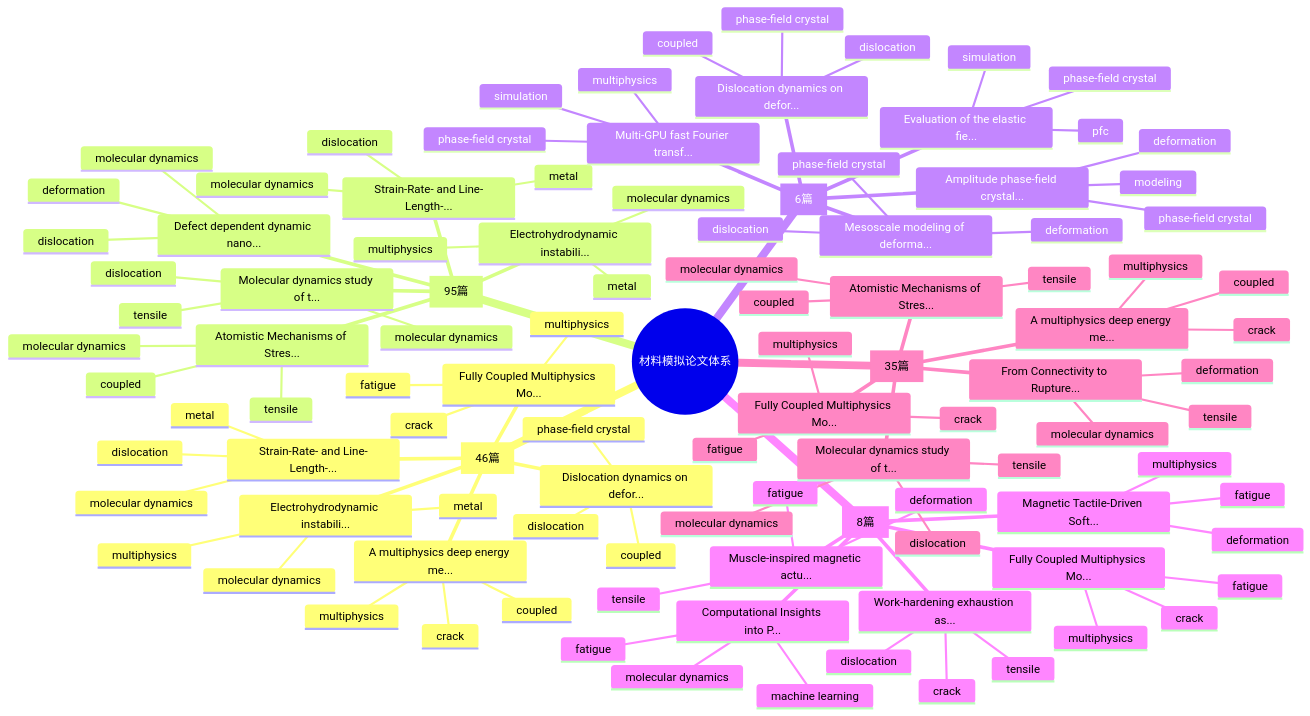
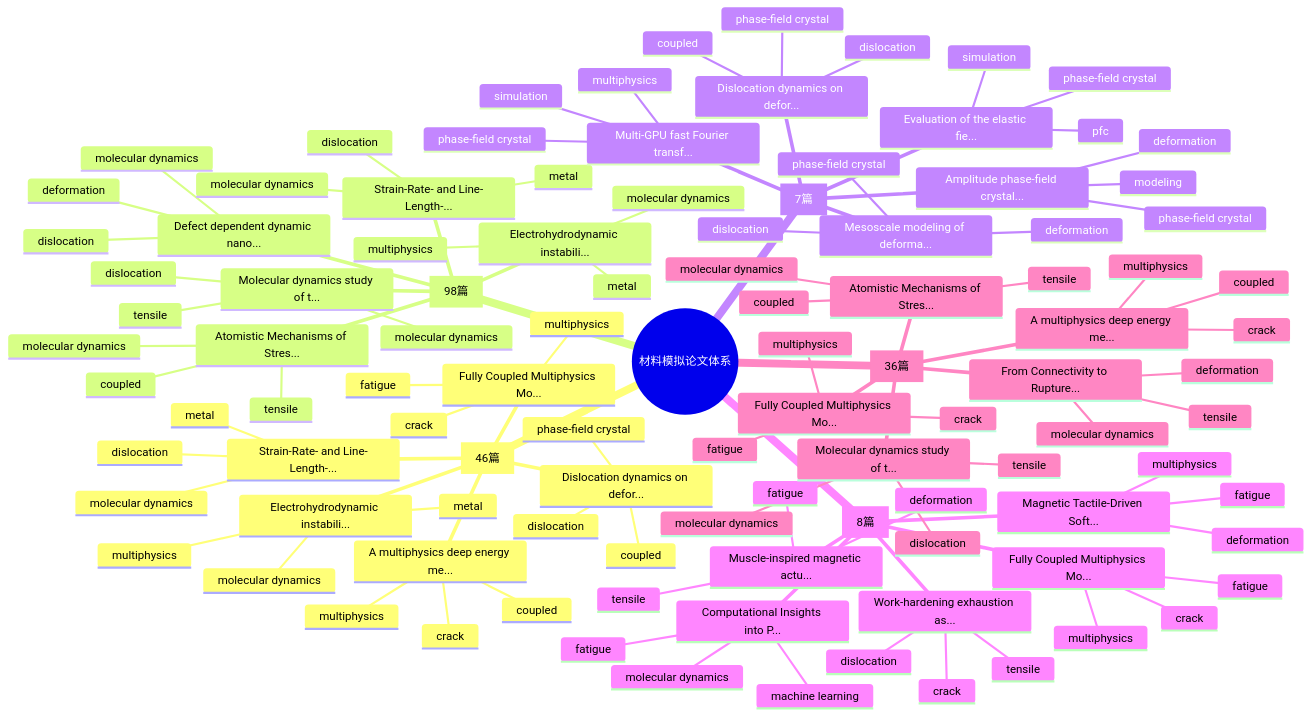
One commit to Shirakawa11111/BJK_readpaper changed the first of 2 diagrams in reports/knowledge_graph.md. Above: the diagram before and after it, drawn with Mermaid. The commit also changed other lines of this file and 11 other files, not shown here.

```diff
--- a/reports/knowledge_graph.md
+++ b/reports/knowledge_graph.md
@@ -28,7 +28,7 @@
         molecular dynamics
         dislocation
         metal
-    Molecular Dynamics [95篇]
+    Molecular Dynamics [98篇]
       Molecular dynamics study of t...
         molecular dynamics
         dislocation
@@ -49,7 +49,7 @@
         molecular dynamics
         tensile
         coupled
-    Phase-Field Crystal [6篇]
+    Phase-Field Crystal [7篇]
       Dislocation dynamics on defor...
         phase-field crystal
         dislocation
@@ -91,7 +91,7 @@
         multiphysics
         fatigue
         deformation
-    Tensile / Deformation Simulation [35篇]
+    Tensile / Deformation Simulation [36篇]
       Fully Coupled Multiphysics Mo...
         fatigue
         multiphysics
```
